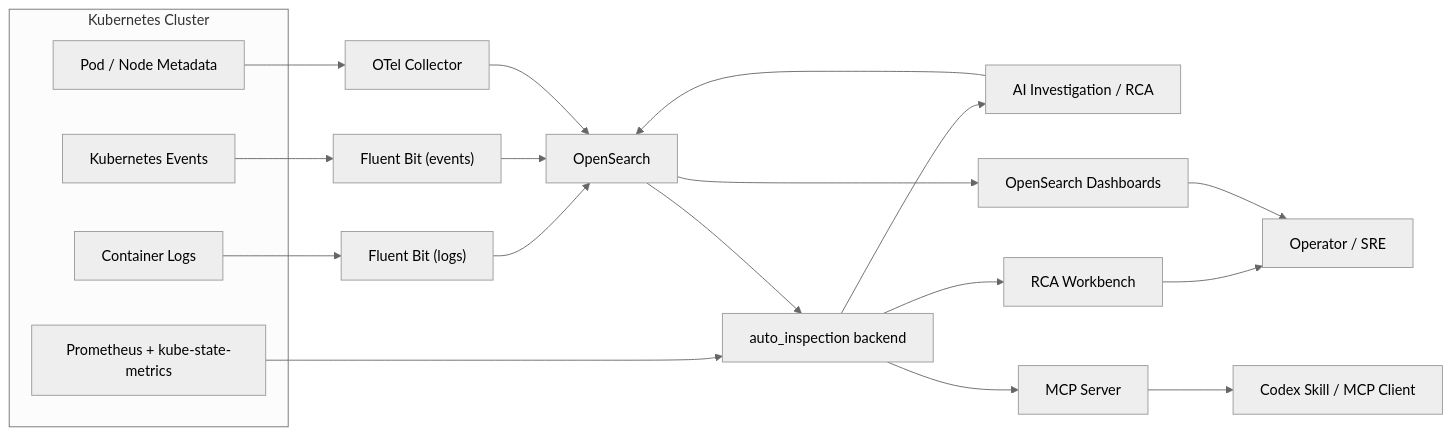
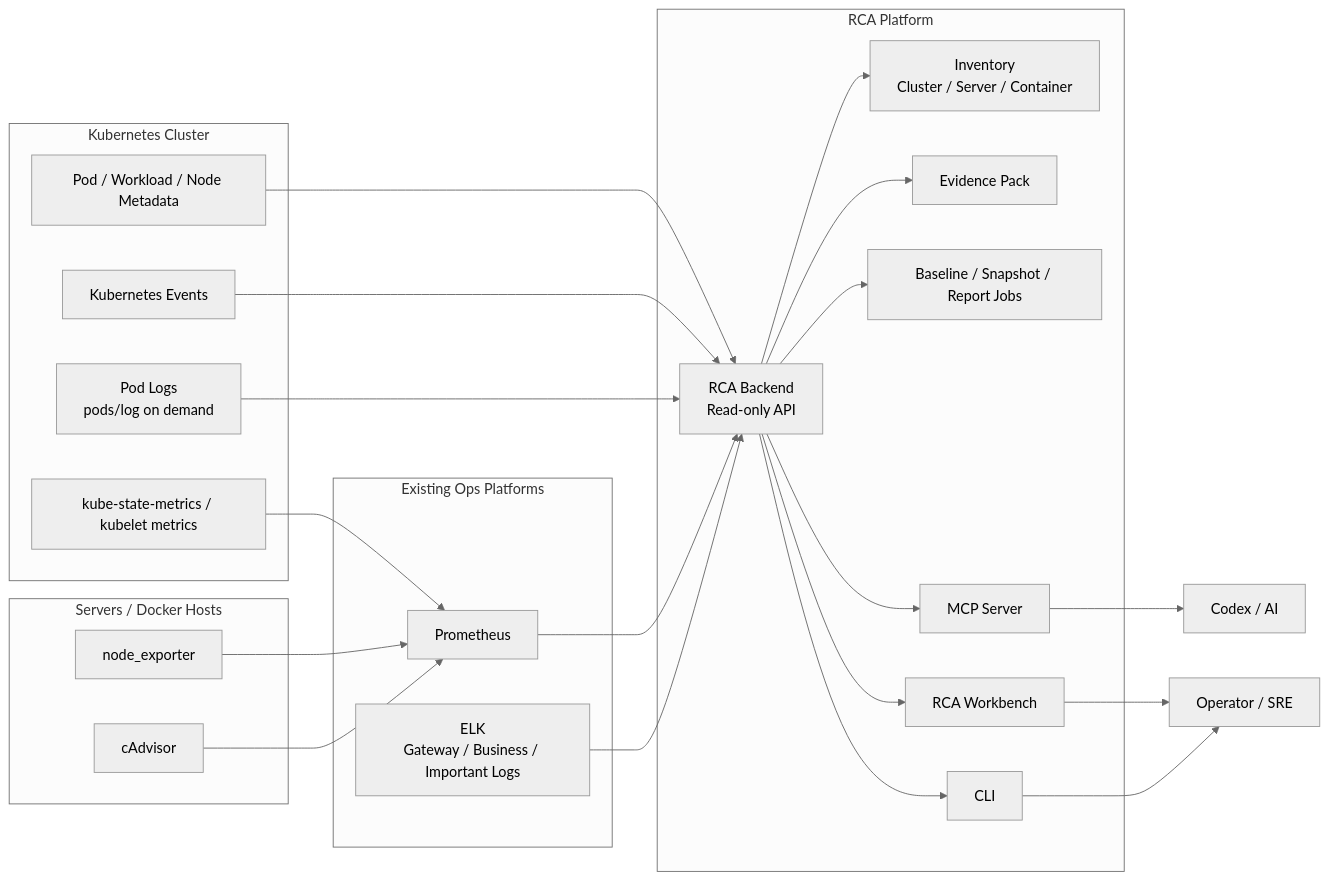
One commit to hoplist/ai-opspilot changed the diagram in docs/cn/architecture.md. Above: the diagram before and after it, drawn with Mermaid (neutral theme). The commit also changed other lines of this file and 15 other files, not shown here.

Commit message:
docs: align slim RCA architecture

````diff
--- a/docs/cn/architecture.md
+++ b/docs/cn/architecture.md
@@ -5,28 +9,49 @@
 ```mermaid
 flowchart LR
     subgraph K8S["Kubernetes Cluster"]
-        A["Container Logs"]
-        B["Kubernetes Events"]
-        C["Pod / Node Metadata"]
-        D["Prometheus + kube-state-metrics"]
+        POD["Pod / Workload / Node Metadata"]
+        EVENT["Kubernetes Events"]
+        LOG["Pod Logs<br/>pods/log on demand"]
+        KSM["kube-state-metrics / kubelet metrics"]
     end
 
-    A --> FB["Fluent Bit (logs)"]
-    B --> FBE["Fluent Bit (events)"]
-    C --> OTel["OTel Collector"]
-    FB --> OS["OpenSearch"]
-    FBE --> OS
-    OTel --> OS
-    D --> API["auto_inspection backend"]
+    subgraph HOSTS["Servers / Docker Hosts"]
+        NE["node_exporter"]
+        CAD["cAdvisor"]
+    end
 
-    OS --> API
-    API --> RCA["AI Investigation / RCA"]
-    API --> MCP["MCP Server"]
-    API --> UI["RCA Workbench"]
-    OS --> Dash["OpenSearch Dashboards"]
+    subgraph EXISTING["Existing Ops Platforms"]
+        PROM["Prometheus"]
+        ELK["ELK<br/>Gateway / Business / Important Logs"]
+    end
 
-    RCA --> OS
+    subgraph RCA["RCA Platform"]
+        API["RCA Backend<br/>Read-only API"]
+        INV["Inventory<br/>Cluster / Server / Container"]
+        EVI["Evidence Pack"]
+        JOB["Baseline / Snapshot / Report Jobs"]
+        MCP["MCP Server"]
+        UI["RCA Workbench"]
+        CLI["CLI"]
+    end
+
+    KSM --> PROM
+    NE --> PROM
+    CAD --> PROM
+    POD --> API
+    EVENT --> API
+    LOG --> API
+    PROM --> API
+    ELK --> API
+
+    API --> INV
+    API --> EVI
+    API --> JOB
+    API --> MCP
+    API --> UI
+    API --> CLI
+
+    MCP --> AI["Codex / AI"]
     UI --> User["Operator / SRE"]
-    Dash --> User
-    MCP --> Codex["Codex Skill / MCP Client"]
+    CLI --> User
 ```
````
